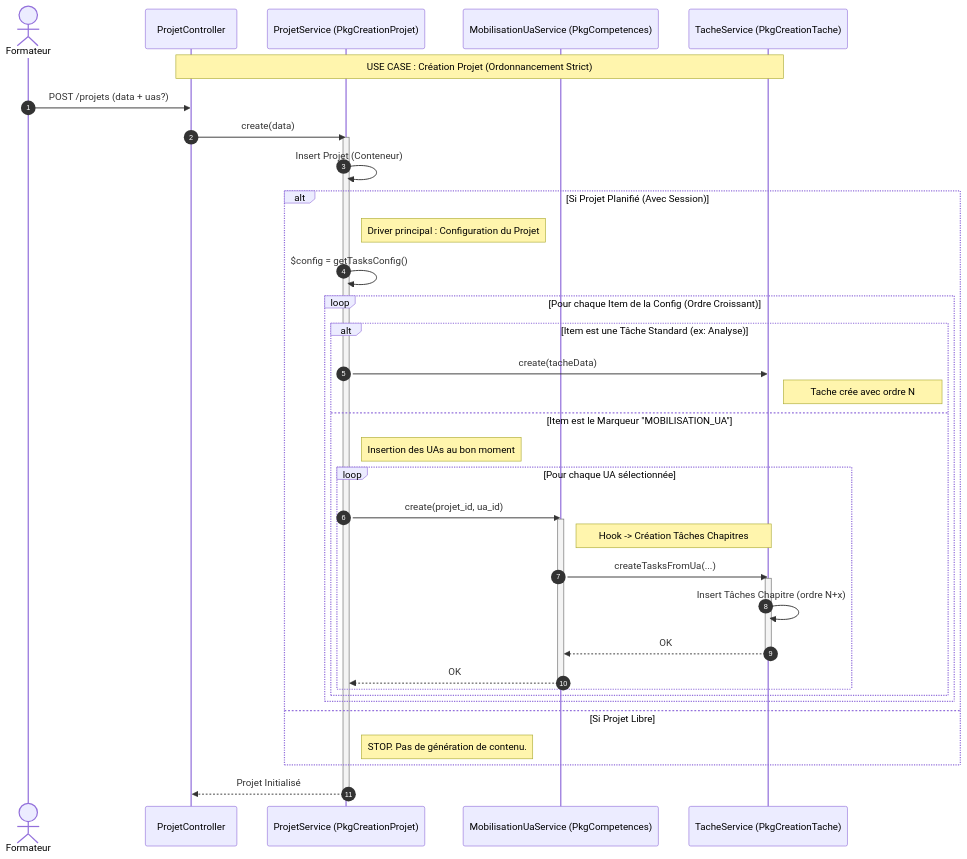
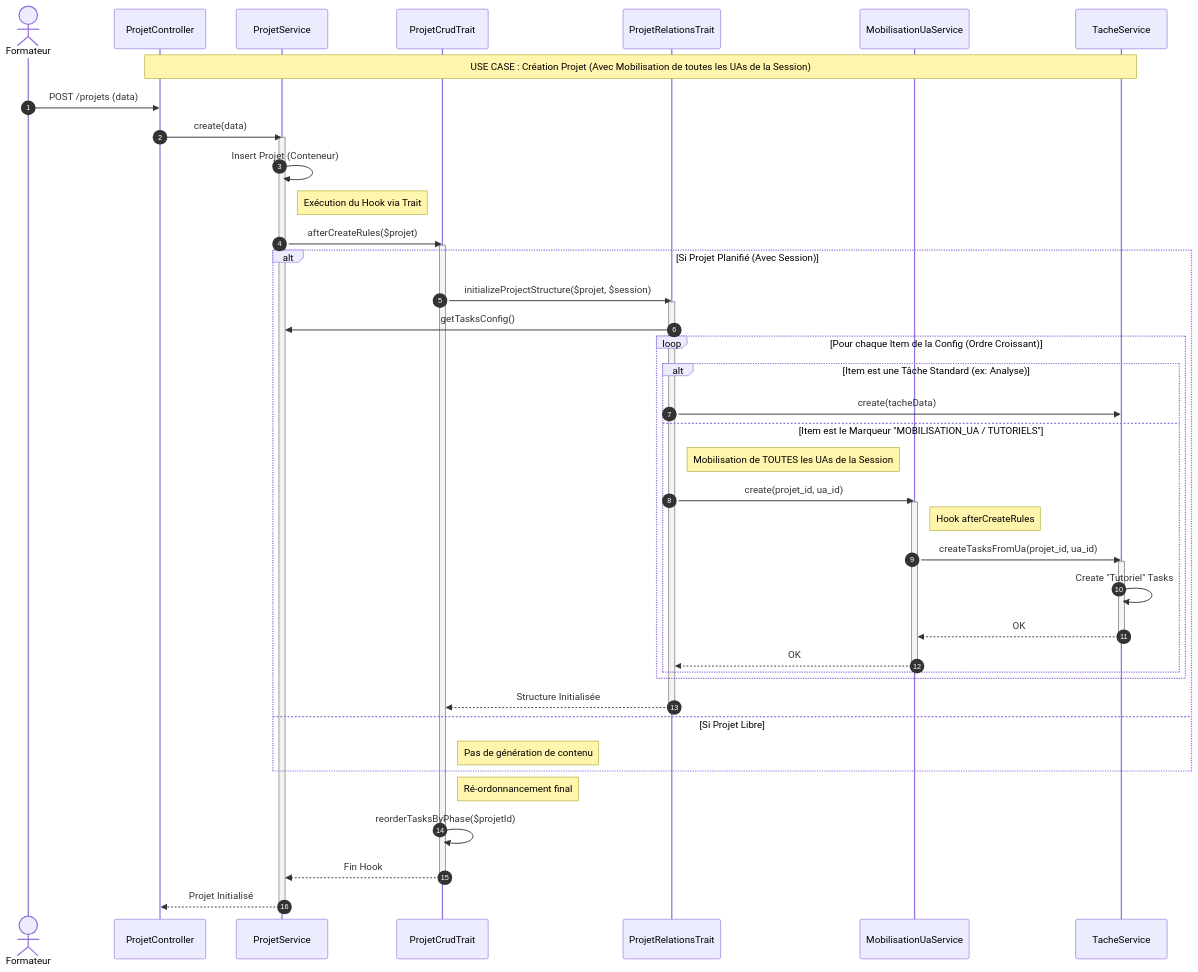
One commit to solicode-lms/app changed the diagram in docs/1.conception/PkgCreationProjet/creation_projet/creation_projet_workflow.mmd. Above: the diagram before and after it, drawn with Mermaid. The commit also changed 7 other files, not shown here.

```diff
--- a/docs/1.conception/PkgCreationProjet/creation_projet/creation_projet_workflow.mmd
+++ b/docs/1.conception/PkgCreationProjet/creation_projet/creation_projet_workflow.mmd
@@ -1,51 +1,63 @@
 sequenceDiagram
     autonumber
     actor Formateur
     participant Ctrl as ProjetController
-    participant PS as ProjetService (PkgCreationProjet)
-    participant MS as MobilisationUaService (PkgCompetences)
-    participant TS as TacheService (PkgCreationTache)
+    participant PS as ProjetService
+    participant PCT as ProjetCrudTrait
+    participant PRT as ProjetRelationsTrait
+    participant MS as MobilisationUaService
+    participant TS as TacheService
 
-    Note over Ctrl, TS: USE CASE : Création Projet (Ordonnancement Strict)
+    Note over Ctrl, TS: USE CASE : Création Projet (Avec Mobilisation de toutes les UAs de la Session)
 
-    Formateur->>Ctrl: POST /projets (data + uas?)
+    Formateur->>Ctrl: POST /projets (data)
     Ctrl->>PS: create(data)
     
     activate PS
     PS->>PS: Insert Projet (Conteneur)
     
+    Note right of PS: Exécution du Hook via Trait
+    PS->>PCT: afterCreateRules($projet)
+    activate PCT
+    
     alt Si Projet Planifié (Avec Session)
         
-        Note right of PS: Driver principal : Configuration du Projet
-        PS->>PS: $config = getTasksConfig()
+        PCT->>PRT: initializeProjectStructure($projet, $session)
+        activate PRT
+        PRT->>PS: getTasksConfig()
         
         loop Pour chaque Item de la Config (Ordre Croissant)
             
             alt Item est une Tâche Standard (ex: Analyse)
-                PS->>TS: create(tacheData)
-                Note right of TS: Tache crée avec ordre N
+                PRT->>TS: create(tacheData)
             
-            else Item est le Marqueur "MOBILISATION_UA"
-                Note right of PS: Insertion des UAs au bon moment
-                loop Pour chaque UA sélectionnée
-                    PS->>MS: create(projet_id, ua_id)
-                    activate MS
-                    Note right of MS: Hook -> Création Tâches Chapitres
-                    MS->>TS: createTasksFromUa(...)
-                    activate TS
-                    TS->>TS: Insert Tâches Chapitre (ordre N+x)
-                    TS-->>MS: OK
-                    deactivate TS
-                    MS-->>PS: OK
-                    deactivate MS
-                end
+            else Item est le Marqueur "MOBILISATION_UA / TUTORIELS"
+                Note right of PRT: Mobilisation de TOUTES les UAs de la Session
+                PRT->>MS: create(projet_id, ua_id)
+                activate MS
+                Note right of MS: Hook afterCreateRules
+                MS->>TS: createTasksFromUa(projet_id, ua_id)
+                activate TS
+                TS->>TS: Create "Tutoriel" Tasks
+                TS-->>MS: OK
+                deactivate TS
+                MS-->>PRT: OK
+                deactivate MS
             end
             
         end
+        PRT-->>PCT: Structure Initialisée
+        deactivate PRT
 
     else Si Projet Libre
-        Note right of PS: STOP. Pas de génération de contenu.
+        Note right of PCT: Pas de génération de contenu
     end
+
+    Note right of PCT: Ré-ordonnancement final
+    PCT->>PCT: reorderTasksByPhase($projetId)
+    
+    PCT-->>PS: Fin Hook
+    deactivate PCT
     
     PS-->>Ctrl: Projet Initialisé
     deactivate PS
```
